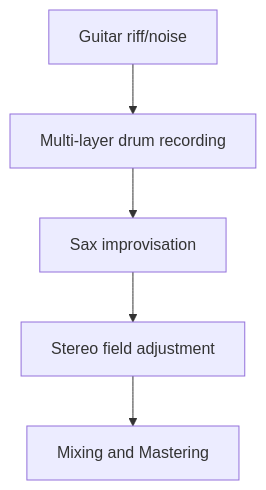
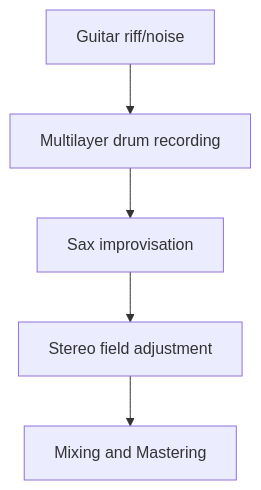
Before and after one commit to monumental-movement/monumental-movement.github.io: the third of 18 diagrams in en/_posts/2025-11-22-column-butthole-surfers.md, drawn with Mermaid. The commit also changed other lines of this file and 801 other files, not shown here.

```diff
--- a/en/_posts/2025-11-22-column-butthole-surfers.md
+++ b/en/_posts/2025-11-22-column-butthole-surfers.md
@@ -129,7 +129,7 @@
 <div class="mermaid">
 flowchart TD
-    A["Guitar riff/noise"] --> B["Multi-layer drum recording"]
+    A["Guitar riff/noise"] --> B["Multilayer drum recording"]
     B --> C["Sax improvisation"]
     C --> D["Stereo field adjustment"]
     D --> E["Mixing and Mastering"]
 </div>
```
